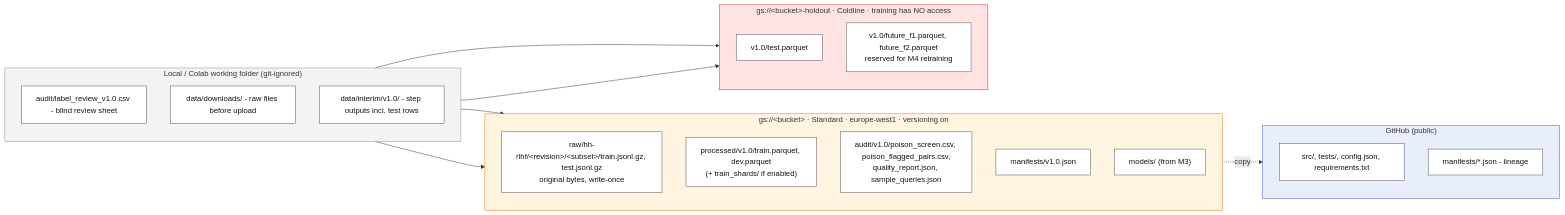
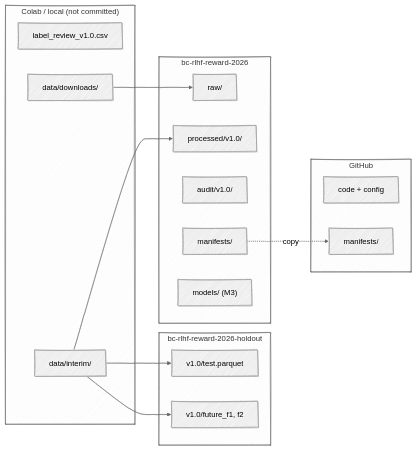
Before and after one commit to bounchun/rlhf-reward-model-pipeline-m2: the diagram in docs/diagrams/data_organisation.mmd, drawn with Mermaid. The commit also changed 3 other files, not shown here.

```diff
--- a/docs/diagrams/data_organisation.mmd
+++ b/docs/diagrams/data_organisation.mmd
@@ -1,37 +1,31 @@
+---
+config:
+  look: handDrawn
+  theme: neutral
+---
 flowchart LR
-  subgraph MAIN["gs://&lt;bucket&gt;  ·  Standard  ·  europe-west1  ·  versioning on"]
-    direction TB
-    R["raw/hh-rlhf/&lt;revision&gt;/&lt;subset&gt;/train.jsonl.gz, test.jsonl.gz<br/>original bytes, write-once"]
-    P["processed/v1.0/train.parquet, dev.parquet<br/>(+ train_shards/ if enabled)"]
-    A["audit/v1.0/poison_screen.csv, poison_flagged_pairs.csv,<br/>quality_report.json, sample_queries.json"]
-    M["manifests/v1.0.json"]
-    MO["models/ (from M3)"]
+  subgraph LOC["Colab / local (not committed)"]
+    REV[label_review_v1.0.csv]
+    DL[data/downloads/]
+    INT[data/interim/]
   end
-  subgraph HO["gs://&lt;bucket&gt;-holdout  ·  Coldline  ·  training has NO access"]
-    direction TB
-    T["v1.0/test.parquet"]
-    F["v1.0/future_f1.parquet, future_f2.parquet<br/>reserved for M4 retraining"]
+  subgraph MAIN["bc-rlhf-reward-2026"]
+    RAW[raw/]
+    PROC[processed/v1.0/]
+    AUD[audit/v1.0/]
+    MAN[manifests/]
+    MOD["models/ (M3)"]
   end
-  subgraph LOC["Local / Colab working folder (git-ignored)"]
-    direction TB
-    RV["audit/label_review_v1.0.csv - blind review sheet"]
-    D["data/downloads/ - raw files before upload"]
-    I["data/interim/v1.0/ - step outputs incl. test rows"]
+  subgraph HOLD["bc-rlhf-reward-2026-holdout"]
+    TEST[v1.0/test.parquet]
+    FUT[v1.0/future_f1, f2]
   end
-  subgraph GH["GitHub (public)"]
-    direction TB
-    C["src/, tests/, config.json, requirements.txt"]
-    MG["manifests/*.json - lineage"]
+  subgraph GH[GitHub]
+    CODE[code + config]
+    MG[manifests/]
   end
-  D --> R
-  I --> P
-  I --> T
-  I --> F
-  M -.copy.-> MG
-
-  classDef box fill:#ffffff,stroke:#495057,color:#111;
-  class R,P,A,M,MO,T,F,D,I,RV,C,MG box;
-  style MAIN fill:#fff4e0,stroke:#e67700
-  style HO fill:#ffe3e3,stroke:#c92a2a
-  style LOC fill:#f1f3f5,stroke:#868e96
-  style GH fill:#e8eefc,stroke:#3b5bdb
+  DL --> RAW
+  INT --> PROC
+  INT --> TEST
+  INT --> FUT
+  MAN -.->|copy| MG
```
